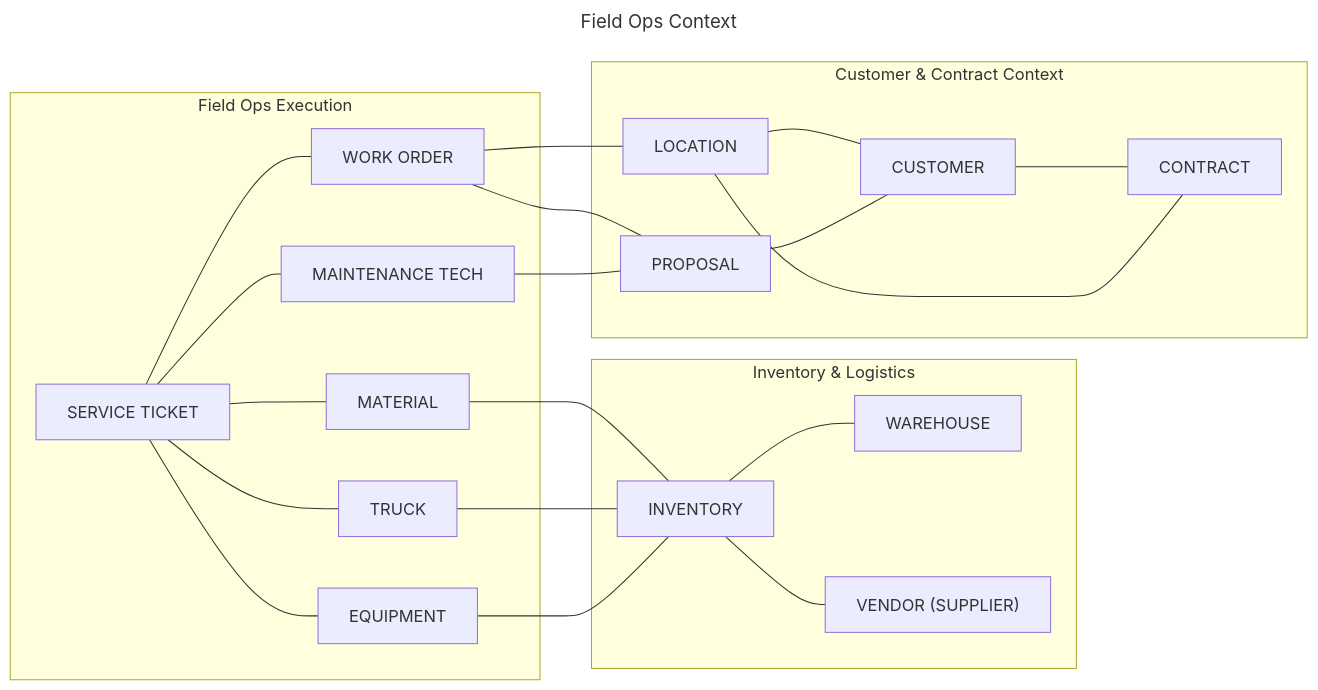
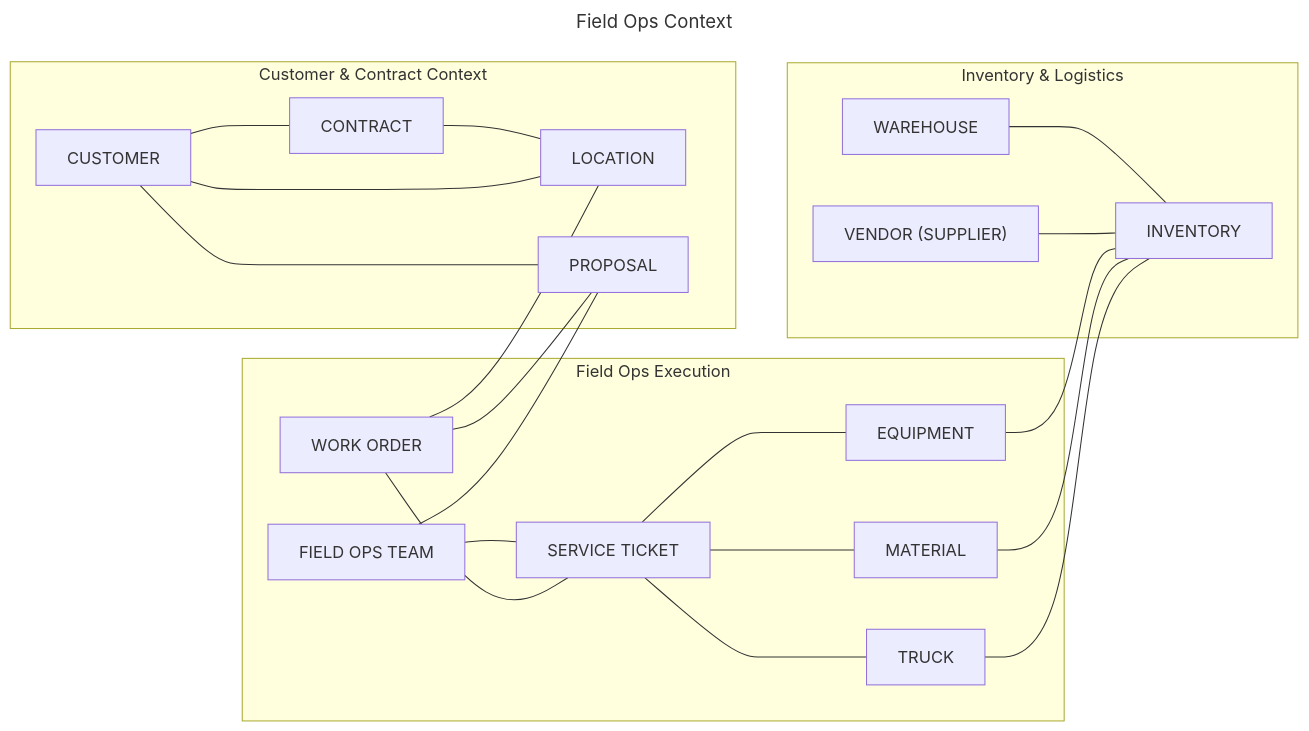
The diagram in field-ops-bounded-context.mmd (mcknz76/diagram-example), drawn with Mermaid before and after one commit. The commit also changed 1 other file, not shown here.

```diff
--- a/field-ops-bounded-context.mmd
+++ b/field-ops-bounded-context.mmd
@@ -1,58 +1,61 @@
 ---
 title: Field Ops Context
 ---
-graph LR
+flowchart LR
 
-  %% ---------- FIELD OPS EXECUTION ----------
-  subgraph Exec[Field Ops Execution]
-    ST[SERVICE TICKET]
-    WO[WORK ORDER]
-    MT[MAINTENANCE TECH]
-    TR[TRUCK]
-    MAT[MATERIAL]
-    EQ[EQUIPMENT]
+%% ===========================
+%% FIELD OPS EXECUTION
+%% ===========================
+subgraph ExecCtx["Field Ops Execution"]
+    FIELDOPSTEAM["FIELD OPS TEAM"]
+    WORKORDER["WORK ORDER"]
+    SERVICETICKET["SERVICE TICKET"]
+    EQUIPMENT["EQUIPMENT"]
+    MATERIAL["MATERIAL"]
+    TRUCK["TRUCK"]
 
-    ST --- WO
-    ST --- MT
-    ST --- TR
-    ST --- MAT
-    ST --- EQ
-  end
+    FIELDOPSTEAM --- SERVICETICKET
+    WORKORDER --- SERVICETICKET
 
-  %% ---------- INVENTORY & LOGISTICS ----------
-  subgraph Inv[Inventory & Logistics]
-    INV[INVENTORY]
-    WH[WAREHOUSE]
-    VSUP["VENDOR (SUPPLIER)"]
+    SERVICETICKET --- EQUIPMENT
+    SERVICETICKET --- MATERIAL
+    SERVICETICKET --- TRUCK
+end
 
-    MAT --- INV
-    TR --- INV
-    EQ --- INV
+%% ===========================
+%% CUSTOMER & CONTRACT CONTEXT
+%% ===========================
+subgraph CustCtx["Customer & Contract Context"]
+    CUST["CUSTOMER"]
+    CONTRACT["CONTRACT"]
+    LOCATION["LOCATION"]
+    PROPOSAL["PROPOSAL"]
 
-    INV --- WH
-    INV --- VSUP
-  end
+    CUST --- CONTRACT
+    CONTRACT --- LOCATION
+    CUST --- LOCATION
+    CUST --- PROPOSAL
+end
 
-  %% ---------- CUSTOMER & CONTRACT CONTEXT ----------
-  subgraph Cust[Customer & Contract Context]
+%% ===========================
+%% INVENTORY & LOGISTICS
+%% ===========================
+subgraph InvCtx["Inventory & Logistics"]
+    WAREHOUSE["WAREHOUSE"]
+    SUPPLIER["VENDOR (SUPPLIER)"]
+    INVENTORY["INVENTORY"]
 
-    %% Declare CONTRACT and LOCATION early so the edge renders high
-    CONT[CONTRACT]
-    LOC[LOCATION]
-    CONT --- LOC
+    WAREHOUSE --- INVENTORY
+    SUPPLIER --- INVENTORY
+end
 
-    %% Other nodes in this context
-    CUST[CUSTOMER]
-    PROP[PROPOSAL]
+%% ===========================
+%% CROSS-CONTEXT LINKS
+%% ===========================
+WORKORDER --- PROPOSAL
+FIELDOPSTEAM --- PROPOSAL
+WORKORDER --- LOCATION
 
-    %% Remaining edges
-    CUST --- CONT
-    LOC --- CUST
-
-    WO --- LOC
-
-    WO --- PROP
-    MT --- PROP
-    PROP --- CUST
-
-  end
+EQUIPMENT --- INVENTORY
+MATERIAL --- INVENTORY
+TRUCK --- INVENTORY
```
